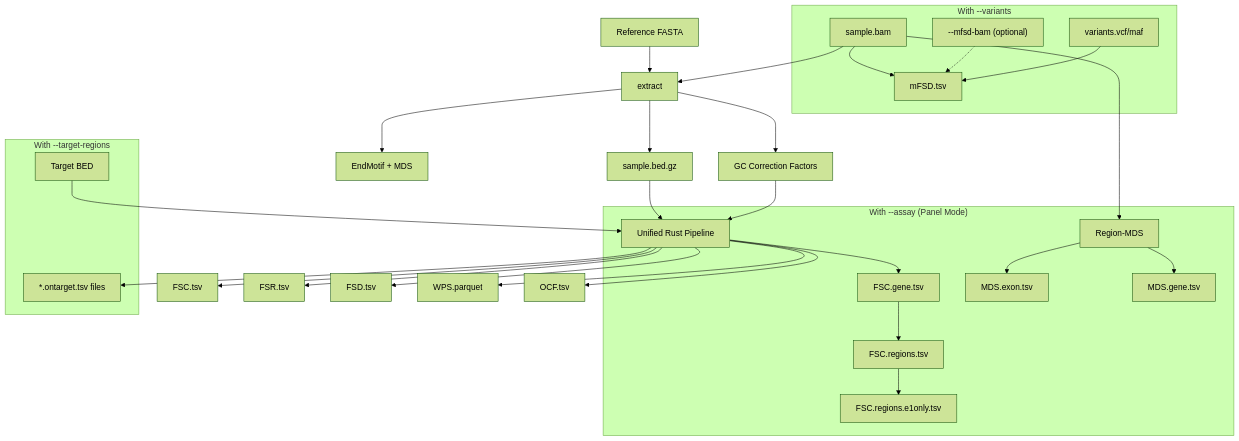
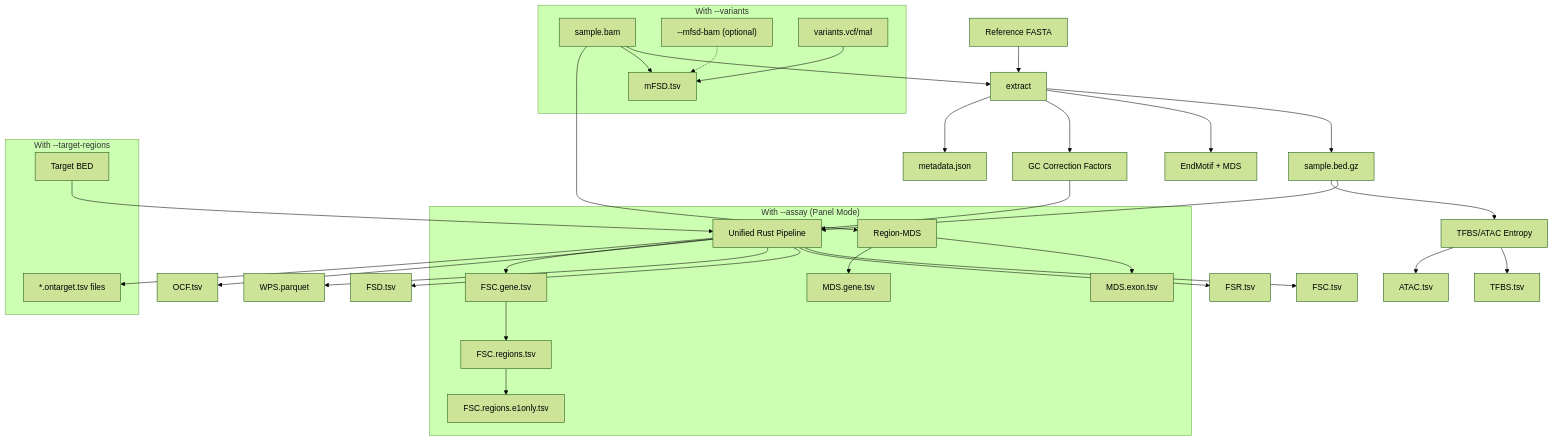
Before and after one commit to msk-access/krewlyzer: the first of 2 diagrams in docs/cli/run-all.md, drawn with Mermaid (forest theme). The commit also changed other lines of this file and 115 other files, not shown here.

````diff
--- a/docs/cli/run-all.md
+++ b/docs/cli/run-all.md
@@ -21,38 +21,44 @@
 ```mermaid
 flowchart TB
     BAM["sample.bam"] --> EXTRACT["extract"]
     REF["Reference FASTA"] --> EXTRACT
     
     EXTRACT --> BED["sample.bed.gz"]
     EXTRACT --> MOTIF["EndMotif + MDS"]
     EXTRACT --> GC["GC Correction Factors"]
     
     BED --> PIPELINE["Unified Rust Pipeline"]
     GC --> PIPELINE
     
     PIPELINE --> FSC["FSC.tsv"]
     PIPELINE --> FSR["FSR.tsv"]
     PIPELINE --> FSD["FSD.tsv"]
     PIPELINE --> WPS["WPS.parquet"]
     PIPELINE --> OCF["OCF.tsv"]
+    
+    BED --> ENTROPY["TFBS/ATAC Entropy"]
+    ENTROPY --> TFBS["TFBS.tsv"]
+    ENTROPY --> ATAC["ATAC.tsv"]
+    
+    EXTRACT --> META["metadata.json"]
     
     subgraph "With --variants"
         BAM --> MFSD["mFSD.tsv"]
         MFSD_BAM["--mfsd-bam (optional)"] -.-> MFSD
         VCF["variants.vcf/maf"] --> MFSD
     end
     
     subgraph "With --assay (Panel Mode)"
         PIPELINE --> FSCG["FSC.gene.tsv"]
         FSCG --> FSCR["FSC.regions.tsv"]
         FSCR --> E1["FSC.regions.e1only.tsv"]
         BAM --> RMDS["Region-MDS"]
         RMDS --> MDSE["MDS.exon.tsv"]
         RMDS --> MDSG["MDS.gene.tsv"]
     end
     
     subgraph "With --target-regions"
         TARGETS["Target BED"] --> PIPELINE
         PIPELINE --> ON["*.ontarget.tsv files"]
     end
 ```
````
